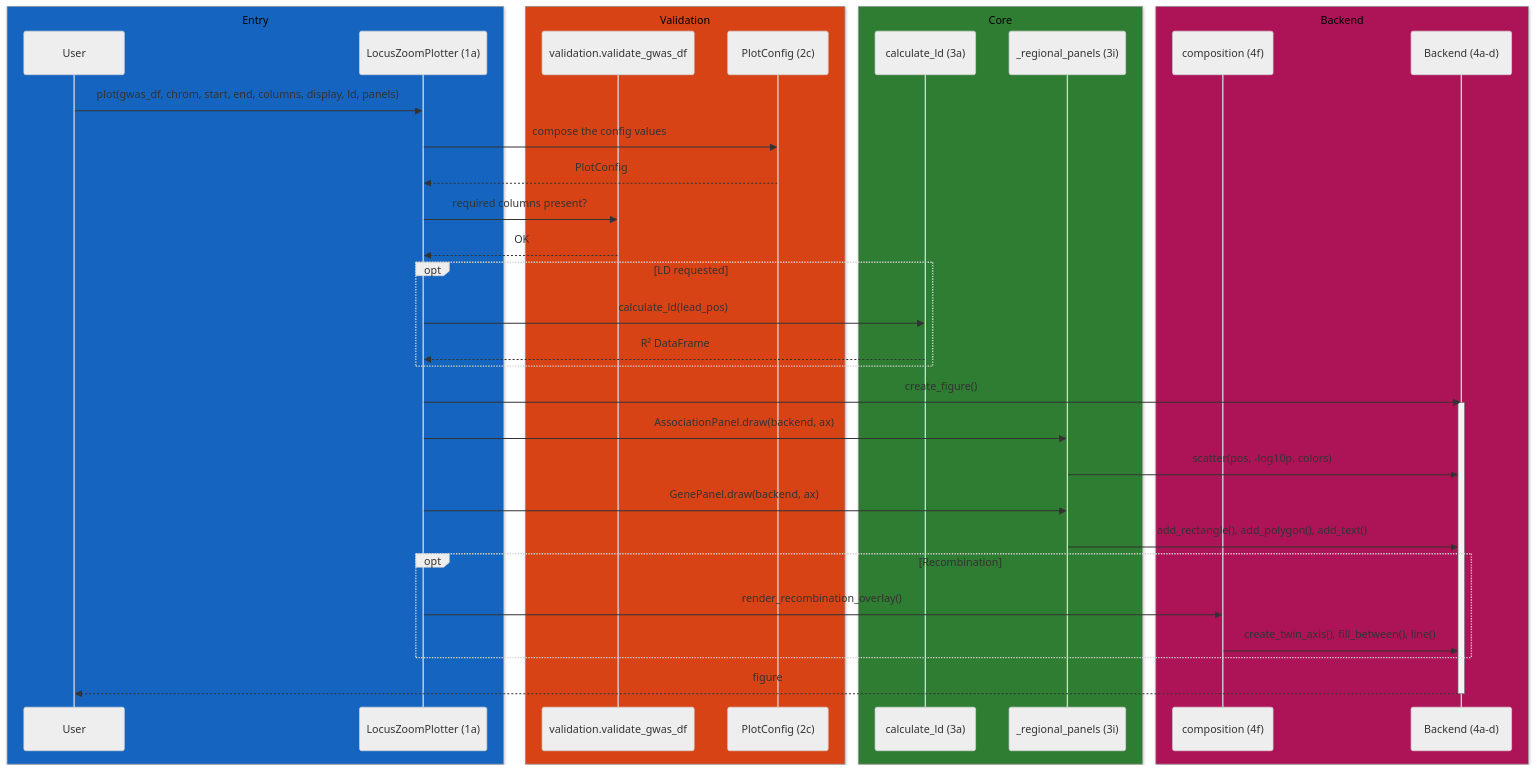
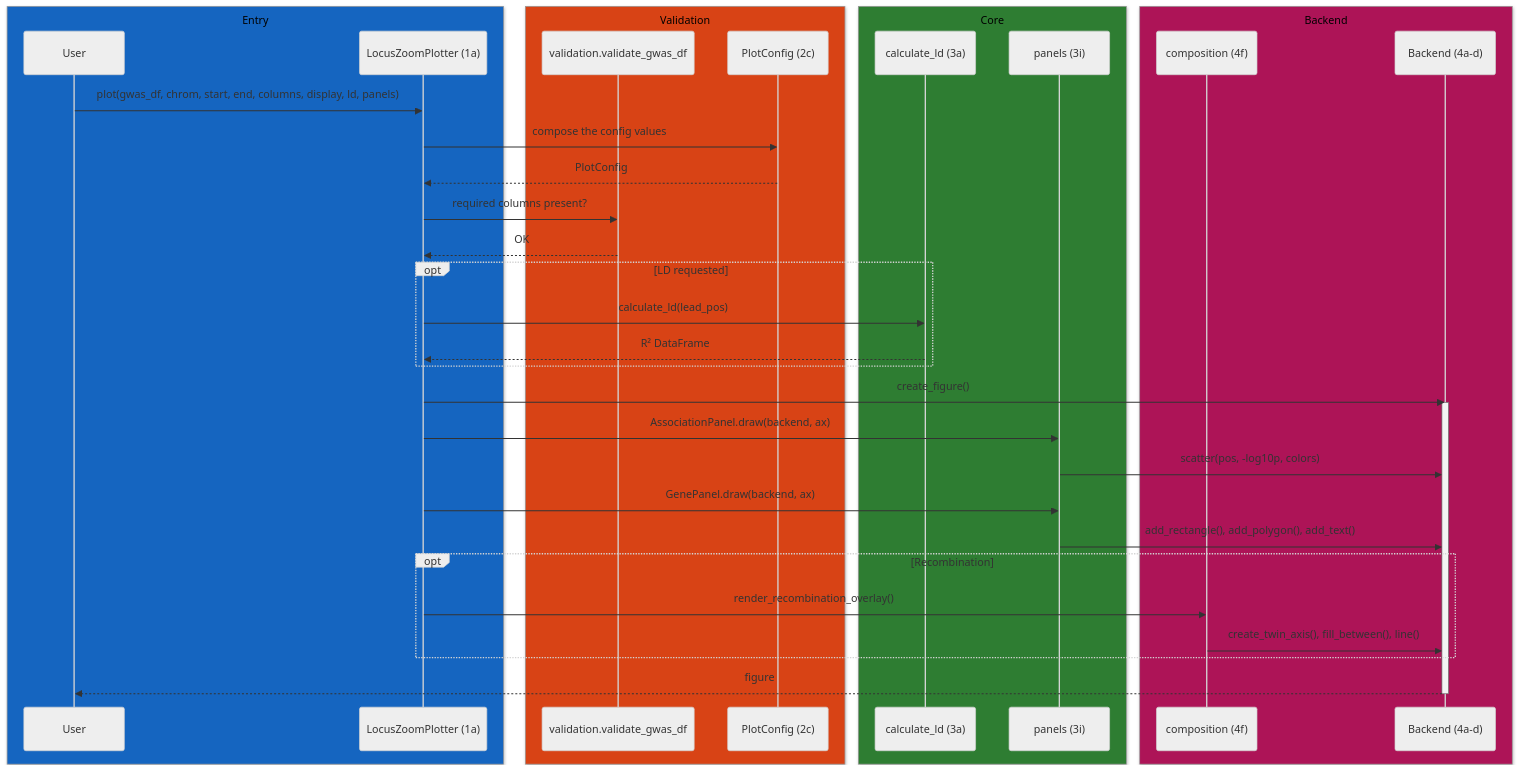
Before and after one commit to michael-denyer/pyLocusZoom: the second of 3 diagrams in docs/CODEMAP.md, drawn with Mermaid (neutral theme). The commit also changed other lines of this file and 38 other files, not shown here.

````diff
--- a/docs/CODEMAP.md
+++ b/docs/CODEMAP.md
@@ -316,43 +316,43 @@
 ```mermaid
 sequenceDiagram
     box rgb(21, 101, 192) Entry
         participant U as User
         participant P as LocusZoomPlotter (1a)
     end
     box rgb(216, 67, 21) Validation
         participant V as validation.validate_gwas_df
         participant C as PlotConfig (2c)
     end
     box rgb(46, 125, 50) Core
         participant L as calculate_ld (3a)
-        participant G as _regional_panels (3i)
+        participant G as panels (3i)
     end
     box rgb(173, 20, 87) Backend
         participant O as composition (4f)
         participant B as Backend (4a-d)
     end
 
     U->>P: plot(gwas_df, chrom, start, end, columns, display, ld, panels)
     P->>C: compose the config values
     C-->>P: PlotConfig
     P->>V: required columns present?
     V-->>P: OK
 
     opt LD requested
         P->>L: calculate_ld(lead_pos)
         L-->>P: R² DataFrame
     end
 
     P->>B: create_figure()
     activate B
     P->>G: AssociationPanel.draw(backend, ax)
     G->>B: scatter(pos, -log10p, colors)
     P->>G: GenePanel.draw(backend, ax)
     G->>B: add_rectangle(), add_polygon(), add_text()
     opt Recombination
         P->>O: render_recombination_overlay()
         O->>B: create_twin_axis(), fill_between(), line()
     end
     B-->>U: figure
     deactivate B
 ```
````
